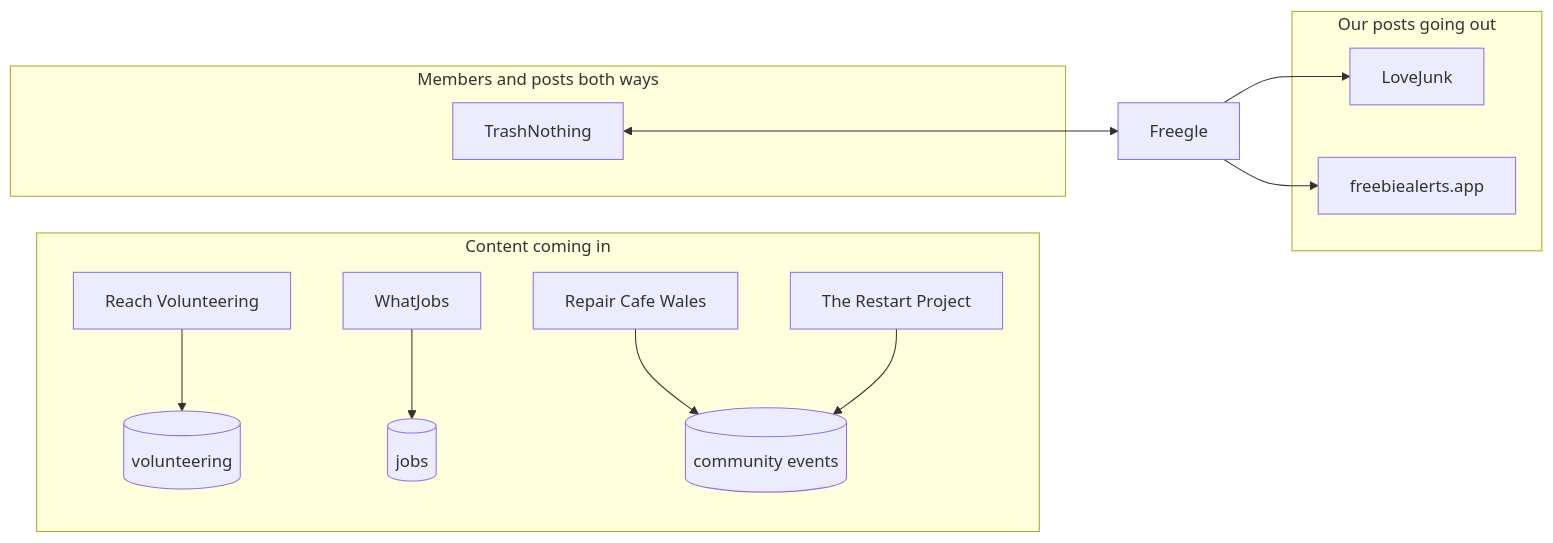
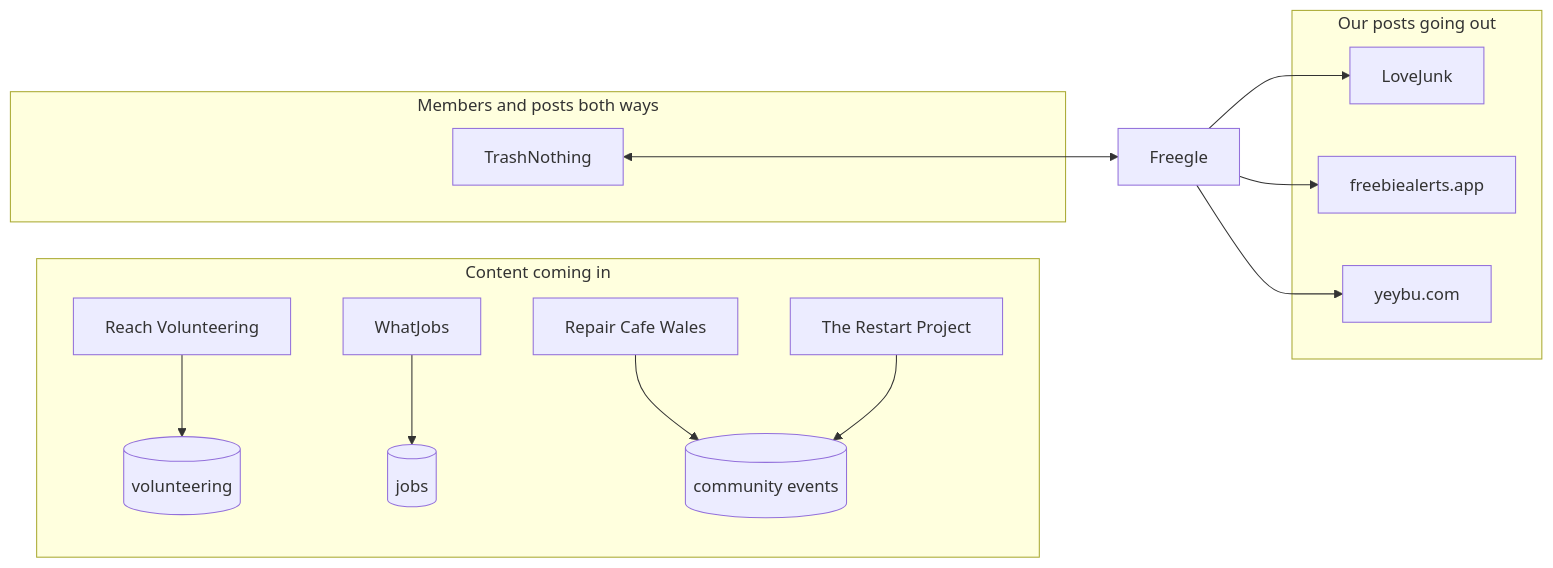
Before and after one commit to Freegle/FreegleDocker: the diagram in docs/developers/reference/partner-integrations.md, drawn with Mermaid. The commit also changed other lines of this file and 5 other files, not shown here.

````diff
--- a/docs/developers/reference/partner-integrations.md
+++ b/docs/developers/reference/partner-integrations.md
@@ -21,19 +21,21 @@
 ```mermaid
 flowchart LR
     subgraph IN[Content coming in]
       RV[Reach Volunteering] --> V[(volunteering)]
       WJ[WhatJobs] --> J[(jobs)]
       RCW[Repair Cafe Wales] --> E[(community events)]
       RP[The Restart Project] --> E
     end
     subgraph BOTH[Members and posts both ways]
       TN[TrashNothing]
     end
     subgraph OUT[Our posts going out]
       LJ[LoveJunk]
       FA[freebiealerts.app]
+      YB[yeybu.com]
     end
     TN <--> F[Freegle]
     F --> LJ
     F --> FA
+    F --> YB
 ```
````
